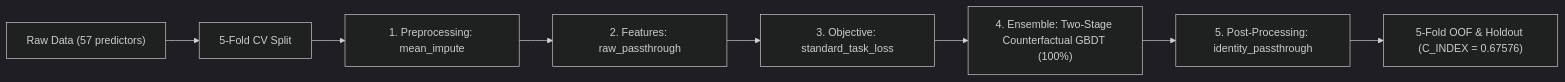
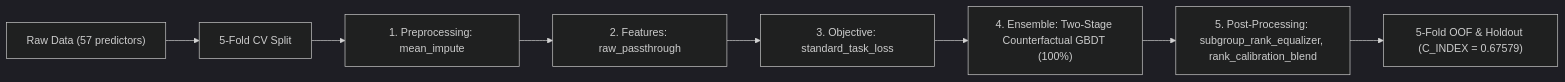
Before and after one commit to stefanoclss/CIBMTR-Equity-in-Post-HCT-Survival-Predictions: the diagram in README.md, drawn with Mermaid (dark theme). The commit also changed other lines of this file, not shown here.

First line of the commit message:
docs(readme): refresh verified OOF benchmark & build ledger (C_INDEX=0.67579)

````diff
--- a/README.md
+++ b/README.md
@@ -138,10 +139,10 @@
 ```mermaid
 flowchart LR
     DATA["Raw Data (57 predictors)"] --> SPLIT["5-Fold CV Split"]
     SPLIT --> PRE["1. Preprocessing: mean_impute"]
     PRE --> FEAT["2. Features: raw_passthrough"]
     FEAT --> OBJ["3. Objective: standard_task_loss"]
     OBJ --> M0["4. Ensemble: Two-Stage Counterfactual GBDT (100%)"]
-    M0 --> POST["5. Post-Processing: identity_passthrough"]
-    POST --> OUT["5-Fold OOF & Holdout (C_INDEX = 0.67576)"]
+    M0 --> POST["5. Post-Processing: subgroup_rank_equalizer, rank_calibration_blend"]
+    POST --> OUT["5-Fold OOF & Holdout (C_INDEX = 0.67579)"]
 ```
````
